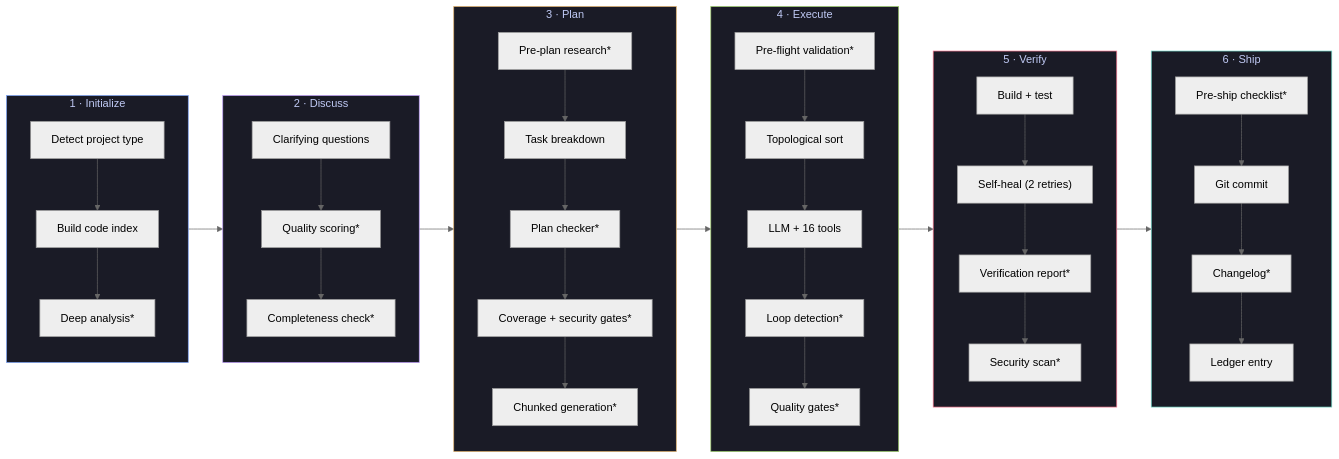
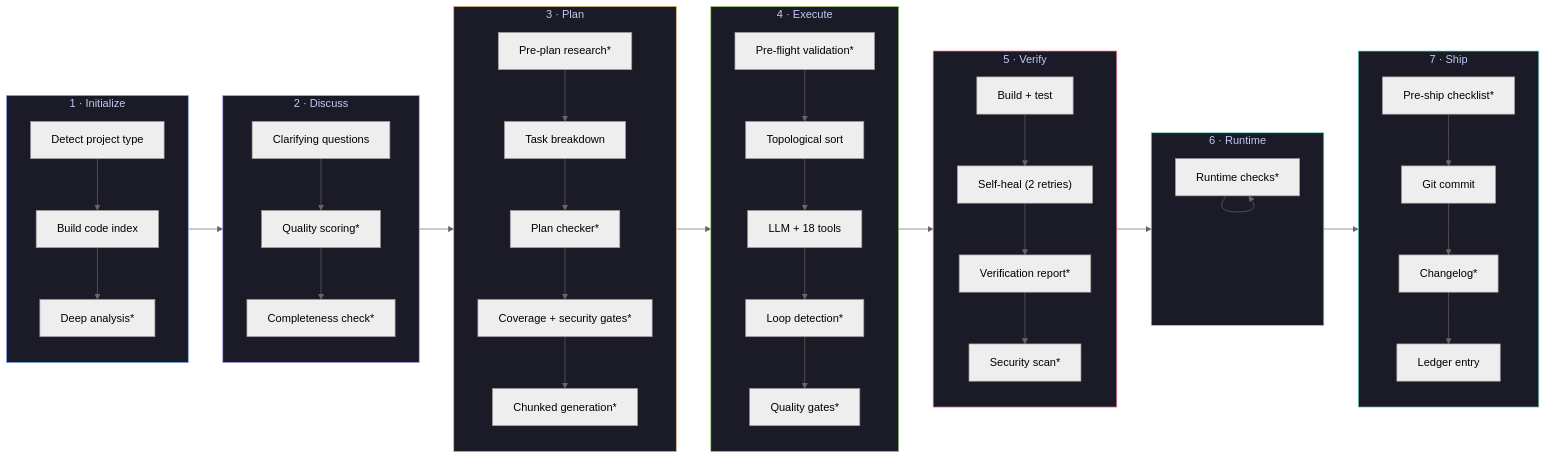
Before and after one commit to eshanized/M31A: the first of 2 diagrams in README.md, drawn with Mermaid (neutral theme). The commit also changed other lines of this file, not shown here.

First line of the commit message:
docs(readme): update to seven-phase workflow and add runtime phase details

````diff
--- a/README.md
+++ b/README.md
@@ -85,59 +85,65 @@
 ```mermaid
 flowchart LR
     subgraph Phase1["1 · Initialize"]
         I1["Detect project type"]
         I2["Build code index"]
         I3["Deep analysis*"]
         I1 --> I2 --> I3
     end
 
     subgraph Phase2["2 · Discuss"]
         D1["Clarifying questions"]
         D2["Quality scoring*"]
         D3["Completeness check*"]
         D1 --> D2 --> D3
     end
 
     subgraph Phase3["3 · Plan"]
         P0["Pre-plan research*"]
         P1["Task breakdown"]
         P2["Plan checker*"]
         P3["Coverage + security gates*"]
         P4["Chunked generation*"]
         P0 --> P1 --> P2 --> P3 --> P4
     end
 
     subgraph Phase4["4 · Execute"]
         E0["Pre-flight validation*"]
         E1["Topological sort"]
-        E2["LLM + 16 tools"]
+        E2["LLM + 18 tools"]
         E3["Loop detection*"]
         E4["Quality gates*"]
         E0 --> E1 --> E2 --> E3 --> E4
     end
 
     subgraph Phase5["5 · Verify"]
         V1["Build + test"]
         V2["Self-heal (2 retries)"]
         V3["Verification report*"]
         V4["Security scan*"]
         V1 --> V2 --> V3 --> V4
     end
 
-    subgraph Phase6["6 · Ship"]
+    subgraph Phase5b["6 · Runtime"]
+        R1["Runtime checks*"]
+        R1 --> R1
+    end
+
+    subgraph Phase6["7 · Ship"]
         S1["Pre-ship checklist*"]
         S2["Git commit"]
         S3["Changelog*"]
         S4["Ledger entry"]
         S1 --> S2 --> S3 --> S4
     end
 
-    Phase1 --> Phase2 --> Phase3 --> Phase4 --> Phase5 --> Phase6
+    Phase1 --> Phase2 --> Phase3 --> Phase4 --> Phase5 --> Phase5b --> Phase6
 
     style Phase1 fill:#1a1b26,stroke:#7aa2f7,color:#c0caf5
     style Phase2 fill:#1a1b26,stroke:#bb9af7,color:#c0caf5
     style Phase3 fill:#1a1b26,stroke:#e0af68,color:#c0caf5
     style Phase4 fill:#1a1b26,stroke:#9ece6a,color:#c0caf5
     style Phase5 fill:#1a1b26,stroke:#f7768e,color:#c0caf5
+    style Phase5b fill:#1a1b26,stroke:#73daca,color:#c0caf5
     style Phase6 fill:#1a1b26,stroke:#73daca,color:#c0caf5
 ```
````
